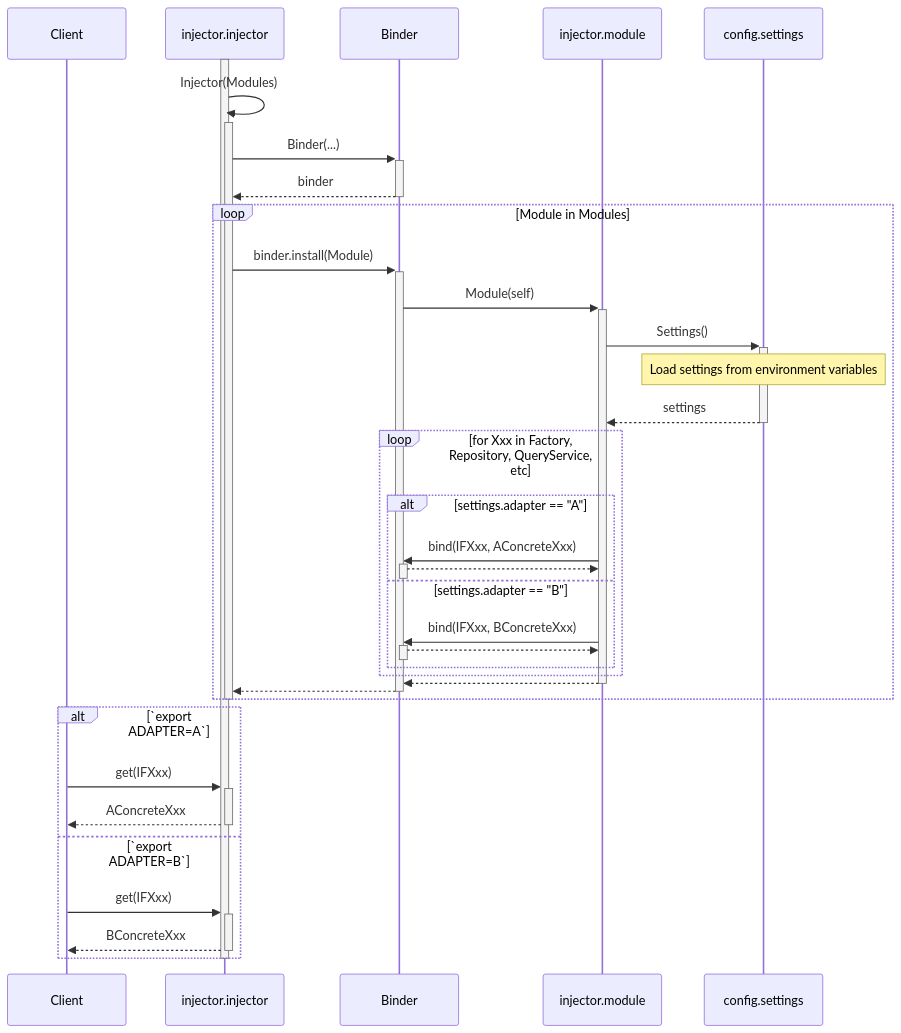
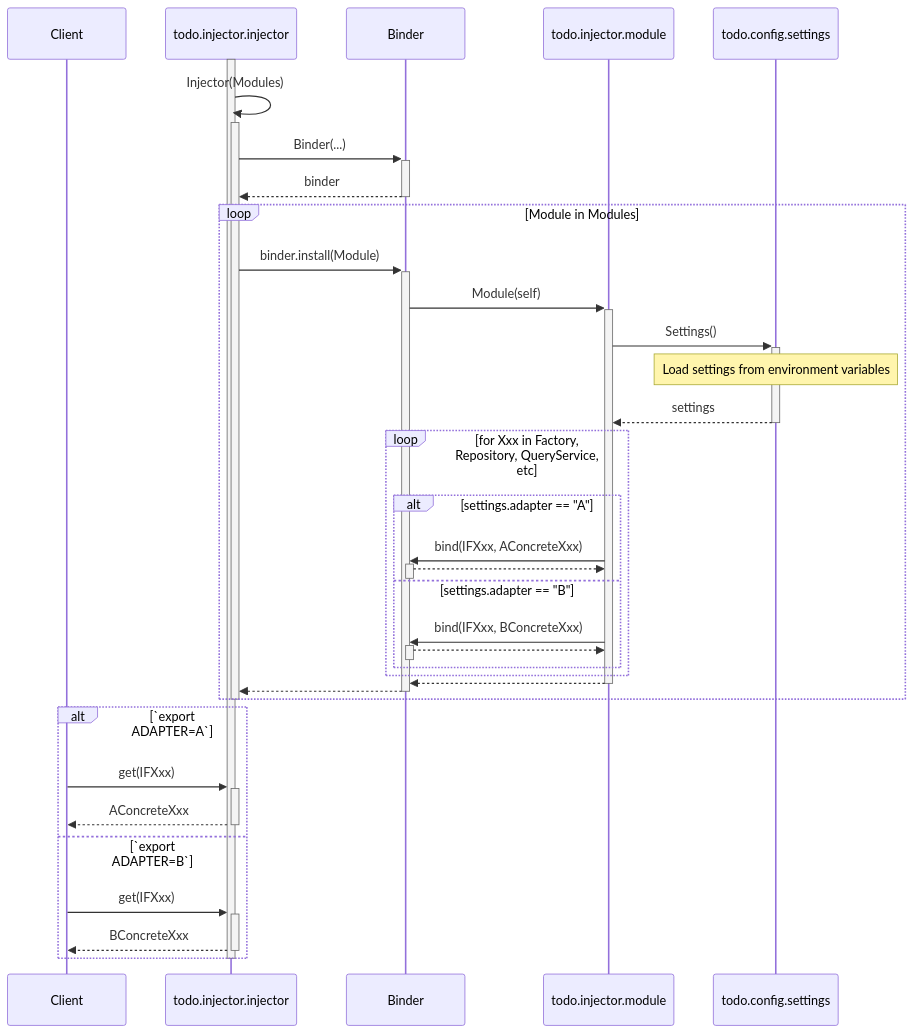
One commit to koei-kaji/ddd-clean-architecture-python changed the third of 3 diagrams in docs/sequence_diagrams.md. Above: the diagram before and after it, drawn with Mermaid.

Commit message:
docs: update aliase

````diff
--- a/docs/sequence_diagrams.md
+++ b/docs/sequence_diagrams.md
@@ -91,44 +91,44 @@
 ```mermaid
 sequenceDiagram
     participant Client
-    participant Injector as injector.injector
+    participant Injector as todo.injector.injector
     participant Binder as Binder
-    participant Module as injector.module
-    participant Settings as config.settings
+    participant Module as todo.injector.module
+    participant Settings as todo.config.settings
 
     activate Injector
 
     Injector ->> Injector: Injector(Modules)
         activate Injector
         Injector ->>+ Binder: Binder(...)
         Binder -->>- Injector: binder
         loop Module in Modules
             Injector ->>+ Binder: binder.install(Module)
                 Binder ->>+ Module: Module(self)
                     Module ->>+ Settings: Settings()
                     Note over Settings: Load settings from environment variables 
                     Settings -->>- Module: settings
                     loop for Xxx in Factory, Repository, QueryService, etc
                         alt settings.adapter == "A"
                             Module ->>+ Binder: bind(IFXxx, AConcreteXxx)
                             Binder -->>- Module: 
                         else settings.adapter == "B"
                             Module ->>+ Binder: bind(IFXxx, BConcreteXxx)
                             Binder -->>- Module: 
                         end
                     end
                 Module -->>- Binder: 
             Binder -->>- Injector: 
         end
         deactivate Injector
 
     alt `export ADAPTER=A`
         Client ->>+ Injector: get(IFXxx)
         Injector -->>- Client: AConcreteXxx
     else `export ADAPTER=B`
         Client ->>+ Injector: get(IFXxx)
         Injector -->>- Client: BConcreteXxx
     end
 
     deactivate Injector
 ```
````
